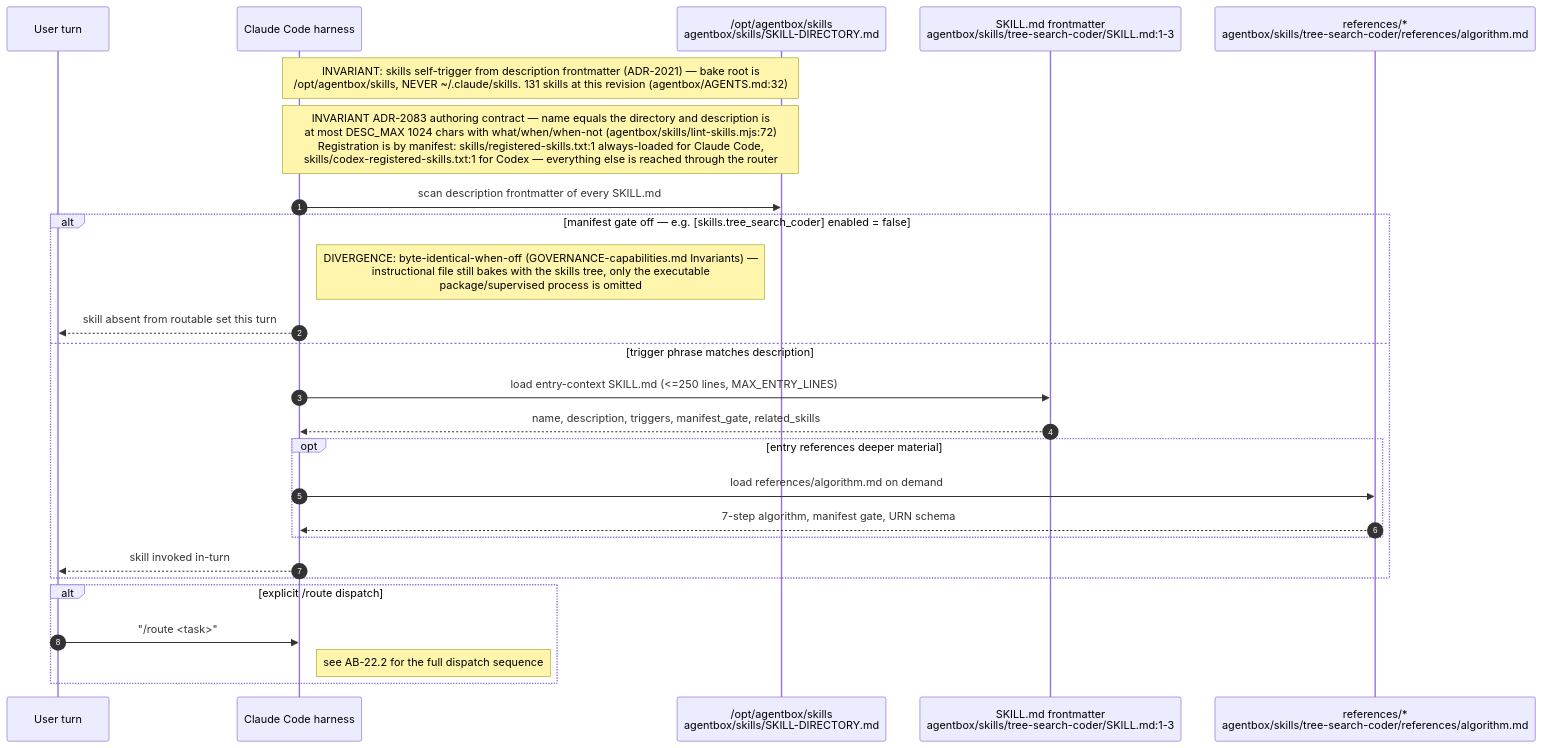
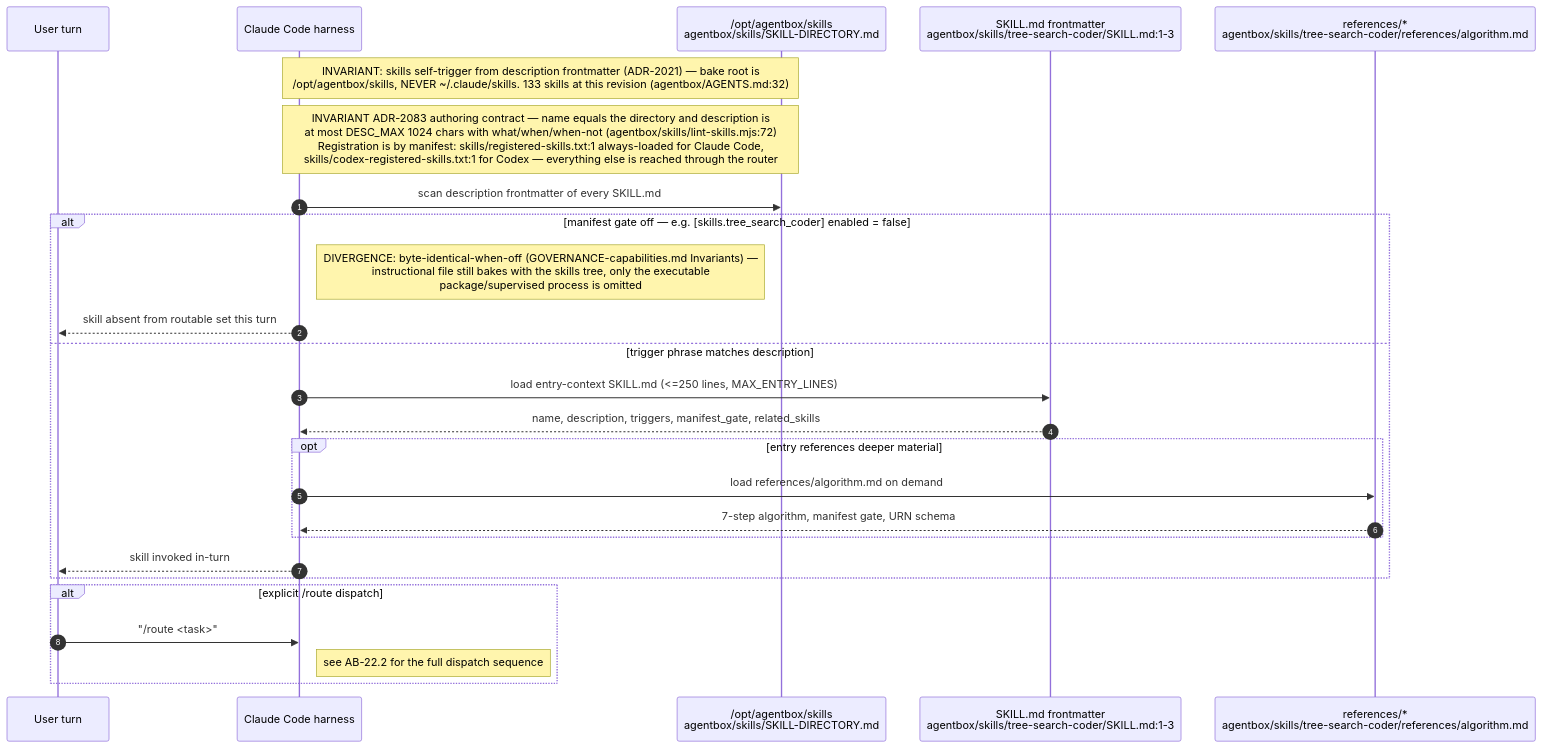
Before and after one commit to DreamLab-AI/VisionFlow: the first of 12 diagrams in docs/diagrams/agentbox/22-skills-and-routing.md, drawn with Mermaid. The commit also changed other lines of this file and 36 other files, not shown here.

First line of the commit message:
docs(diagrams): re-derive and re-stamp agentbox, dream-engine, visioncraft, visiontouch and vowl topics; drop LAN addresses

````diff
--- a/docs/diagrams/agentbox/22-skills-and-routing.md
+++ b/docs/diagrams/agentbox/22-skills-and-routing.md
@@ -68,29 +69,29 @@
 ```mermaid
 sequenceDiagram
     autonumber
     participant U as User turn
     participant H as Claude Code harness
     participant FS as /opt/agentbox/skills<br/>agentbox/skills/SKILL-DIRECTORY.md
     participant SK as SKILL.md frontmatter<br/>agentbox/skills/tree-search-coder/SKILL.md:1-3
     participant REF as references/*<br/>agentbox/skills/tree-search-coder/references/algorithm.md
 
-    Note over H,FS: INVARIANT: skills self-trigger from description frontmatter (ADR-2021) — bake root is<br/>/opt/agentbox/skills, NEVER ~/.claude/skills. 131 skills at this revision (agentbox/AGENTS.md:32)
+    Note over H,FS: INVARIANT: skills self-trigger from description frontmatter (ADR-2021) — bake root is<br/>/opt/agentbox/skills, NEVER ~/.claude/skills. 133 skills at this revision (agentbox/AGENTS.md:32)
     Note over H,FS: INVARIANT ADR-2083 authoring contract — name equals the directory and description is<br/>at most DESC_MAX 1024 chars with what/when/when-not (agentbox/skills/lint-skills.mjs:72)<br/>Registration is by manifest: skills/registered-skills.txt:1 always-loaded for Claude Code,<br/>skills/codex-registered-skills.txt:1 for Codex — everything else is reached through the router
     H->>FS: scan description frontmatter of every SKILL.md
     alt manifest gate off — e.g. [skills.tree_search_coder] enabled = false
         Note right of H: DIVERGENCE: byte-identical-when-off (GOVERNANCE-capabilities.md Invariants) —<br/>instructional file still bakes with the skills tree, only the executable<br/>package/supervised process is omitted
         H-->>U: skill absent from routable set this turn
     else trigger phrase matches description
         H->>SK: load entry-context SKILL.md (<=250 lines, MAX_ENTRY_LINES)
         SK-->>H: name, description, triggers, manifest_gate, related_skills
         opt entry references deeper material
             H->>REF: load references/algorithm.md on demand
             REF-->>H: 7-step algorithm, manifest gate, URN schema
         end
         H-->>U: skill invoked in-turn
     end
     alt explicit /route dispatch
         U->>H: "/route <task>"
         Note right of H: see AB-22.2 for the full dispatch sequence
     end
 ```
````
